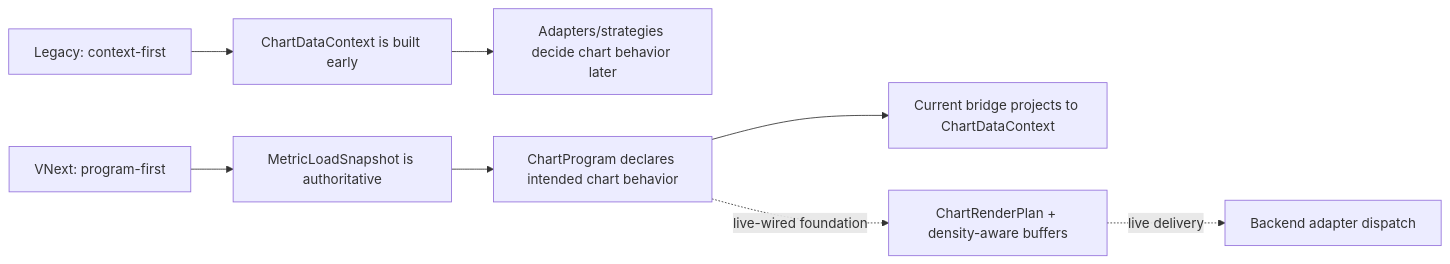
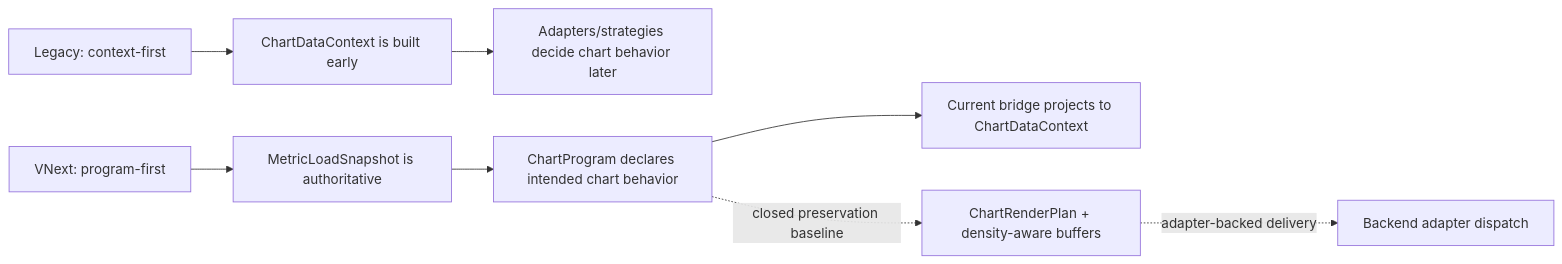
Before and after one commit to krebisz/DataAnalyser: the second of 2 diagrams in documents/SYSTEM_MAP.md, drawn with Mermaid. The commit also changed other lines of this file and 14 other files, not shown here.

````diff
--- a/documents/SYSTEM_MAP.md
+++ b/documents/SYSTEM_MAP.md
@@ -639,11 +712,11 @@
 ```mermaid
 flowchart LR
     Legacy["Legacy: context-first"] --> L1["ChartDataContext is built early"]
     L1 --> L2["Adapters/strategies decide chart behavior later"]
 
     VNext["VNext: program-first"] --> V1["MetricLoadSnapshot is authoritative"]
     V1 --> V2["ChartProgram declares intended chart behavior"]
     V2 --> V3["Current bridge projects to ChartDataContext"]
-    V2 -. "live-wired foundation" .-> V4["ChartRenderPlan + density-aware buffers"]
-    V4 -. "live delivery" .-> V5["Backend adapter dispatch"]
+    V2 -. "closed preservation baseline" .-> V4["ChartRenderPlan + density-aware buffers"]
+    V4 -. "adapter-backed delivery" .-> V5["Backend adapter dispatch"]
 ```
````
